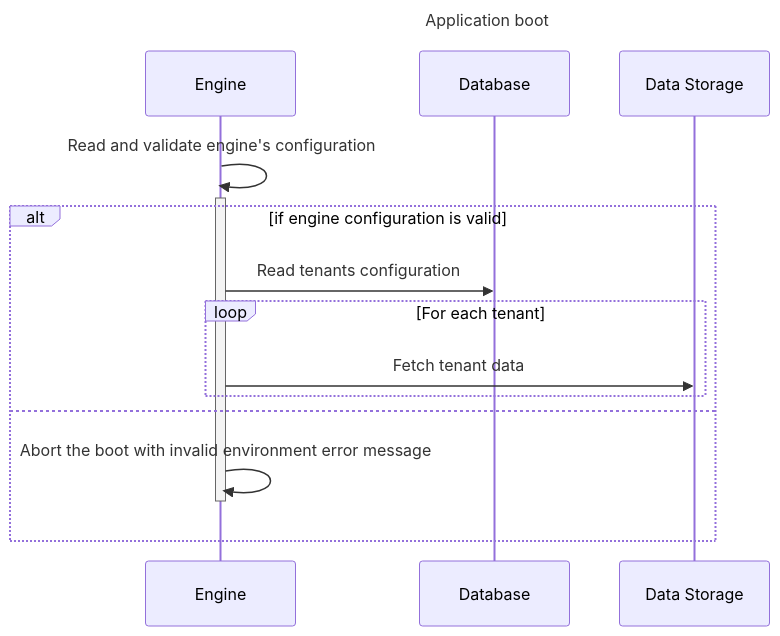
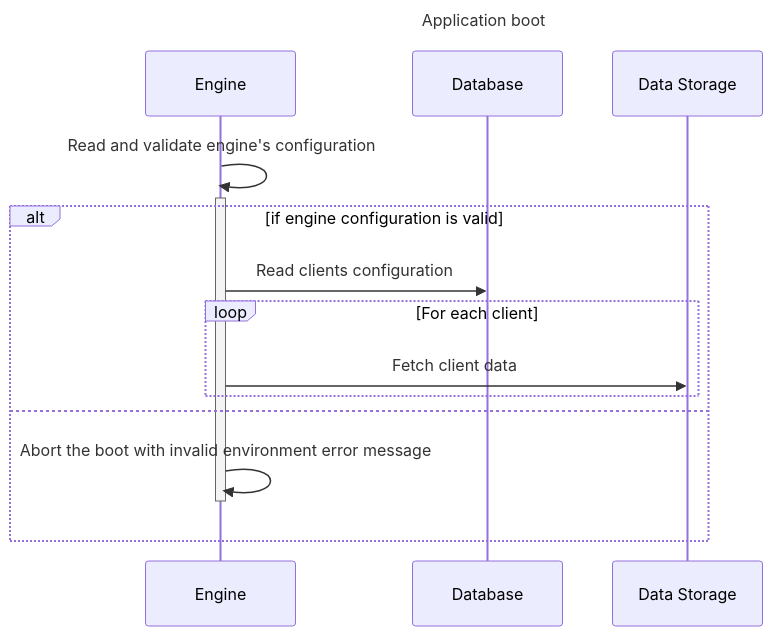
The third of 5 diagrams in apps/docs/docs/contributing/policy-engine-setup.md (narval-xyz/armory), drawn with Mermaid before and after one commit. The commit also changed other lines of this file and 20 other files, not shown here.

Commit message:
Rename tenant to client in the policy engine

````diff
--- a/apps/docs/docs/contributing/policy-engine-setup.md
+++ b/apps/docs/docs/contributing/policy-engine-setup.md
@@ -84,20 +84,20 @@
 ```mermaid
 sequenceDiagram
   title Application boot
 
   participant Engine
   participant DB as Database
   participant DS as Data Storage
 
   Engine ->> Engine: Read and validate engine's configuration
   activate Engine
   alt if engine configuration is valid
-    Engine ->> DB: Read tenants configuration
-    loop For each tenant
-      Engine ->> DS: Fetch tenant data
+    Engine ->> DB: Read clients configuration
+    loop For each client
+      Engine ->> DS: Fetch client data
     end
   else
     Engine ->> Engine: Abort the boot with invalid environment error message
     deactivate Engine
   end
 ```
````
